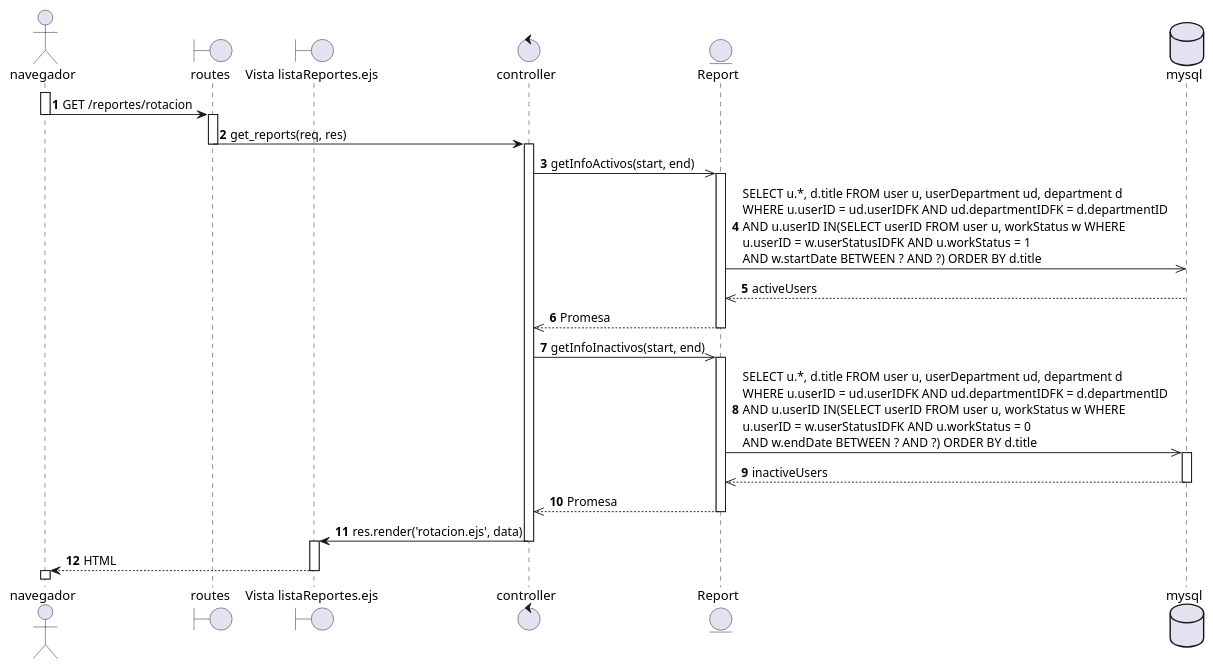
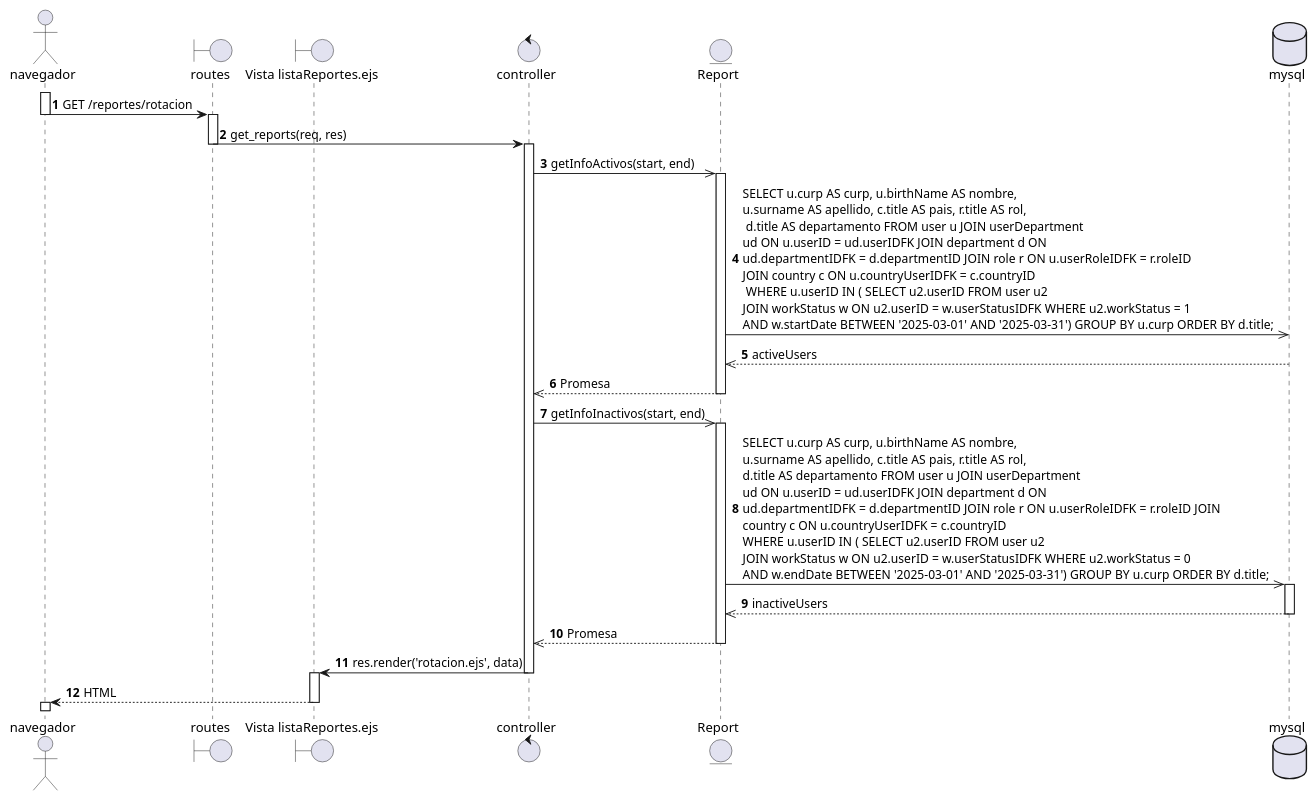
Before and after one commit to EdCanCe/WorkCells: the diagram in diagrams/Casos de Uso/yael req fun/Diagramas de Secuencia/consultarReporteRotacionEmpleados.puml, drawn with PlantUML.

```diff
--- a/diagrams/Casos de Uso/yael req fun/Diagramas de Secuencia/consultarReporteRotacionEmpleados.puml
+++ b/diagrams/Casos de Uso/yael req fun/Diagramas de Secuencia/consultarReporteRotacionEmpleados.puml
@@ -1,45 +1,45 @@
 @startuml
 
 actor navegador
 boundary routes
 boundary "Vista listaReportes.ejs" as list
 control controller
 entity Report
 database mysql
 
 
 autonumber
 activate navegador
 navegador -> routes: GET /reportes/rotacion
 deactivate navegador
 activate routes
 routes -> controller: get_reports(req, res)
 deactivate routes
 
 activate controller
 controller ->> Report: getInfoActivos(start, end)
 activate Report
-Report ->> mysql: SELECT u.*, d.title FROM user u, userDepartment ud, department d \nWHERE u.userID = ud.userIDFK AND ud.departmentIDFK = d.departmentID \nAND u.userID IN(SELECT userID FROM user u, workStatus w WHERE \nu.userID = w.userStatusIDFK AND u.workStatus = 1 \nAND w.startDate BETWEEN ? AND ?) ORDER BY d.title
+Report ->> mysql: SELECT u.curp AS curp, u.birthName AS nombre, \nu.surname AS apellido, c.title AS pais, r.title AS rol,\n d.title AS departamento FROM user u JOIN userDepartment \nud ON u.userID = ud.userIDFK JOIN department d ON \nud.departmentIDFK = d.departmentID JOIN role r ON u.userRoleIDFK = r.roleID \nJOIN country c ON u.countryUserIDFK = c.countryID\n WHERE u.userID IN ( SELECT u2.userID FROM user u2 \nJOIN workStatus w ON u2.userID = w.userStatusIDFK WHERE u2.workStatus = 1 \nAND w.startDate BETWEEN '2025-03-01' AND '2025-03-31') GROUP BY u.curp ORDER BY d.title;
 mysql -->> Report: activeUsers
 deactivate mysql
 Report -->> controller: Promesa
 deactivate Report
 
 controller ->> Report: getInfoInactivos(start, end)
 activate Report
-Report ->> mysql: SELECT u.*, d.title FROM user u, userDepartment ud, department d \nWHERE u.userID = ud.userIDFK AND ud.departmentIDFK = d.departmentID \nAND u.userID IN(SELECT userID FROM user u, workStatus w WHERE \nu.userID = w.userStatusIDFK AND u.workStatus = 0 \nAND w.endDate BETWEEN ? AND ?) ORDER BY d.title
+Report ->> mysql: SELECT u.curp AS curp, u.birthName AS nombre, \nu.surname AS apellido, c.title AS pais, r.title AS rol, \nd.title AS departamento FROM user u JOIN userDepartment \nud ON u.userID = ud.userIDFK JOIN department d ON \nud.departmentIDFK = d.departmentID JOIN role r ON u.userRoleIDFK = r.roleID JOIN \ncountry c ON u.countryUserIDFK = c.countryID \nWHERE u.userID IN ( SELECT u2.userID FROM user u2 \nJOIN workStatus w ON u2.userID = w.userStatusIDFK WHERE u2.workStatus = 0 \nAND w.endDate BETWEEN '2025-03-01' AND '2025-03-31') GROUP BY u.curp ORDER BY d.title;
 activate mysql
 mysql -->> Report: inactiveUsers
 deactivate mysql
 Report -->> controller: Promesa
 deactivate Report
 
 
 controller -> list: res.render('rotacion.ejs', data)
 deactivate controller
 activate list
 list --> navegador: HTML
 deactivate list
 activate navegador
 
 @enduml
```
